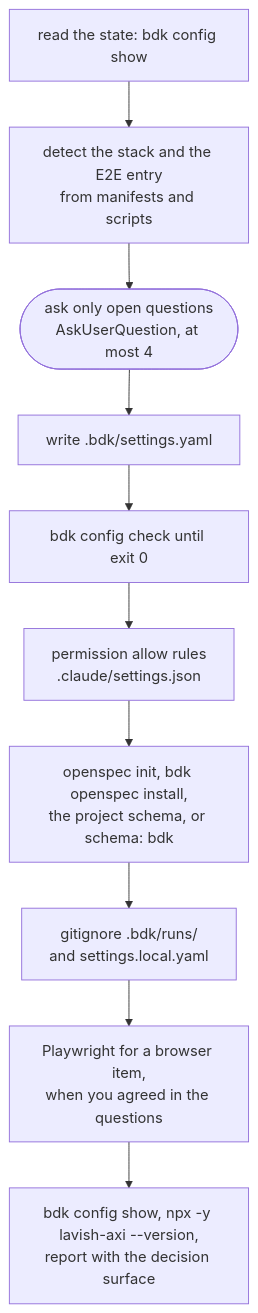
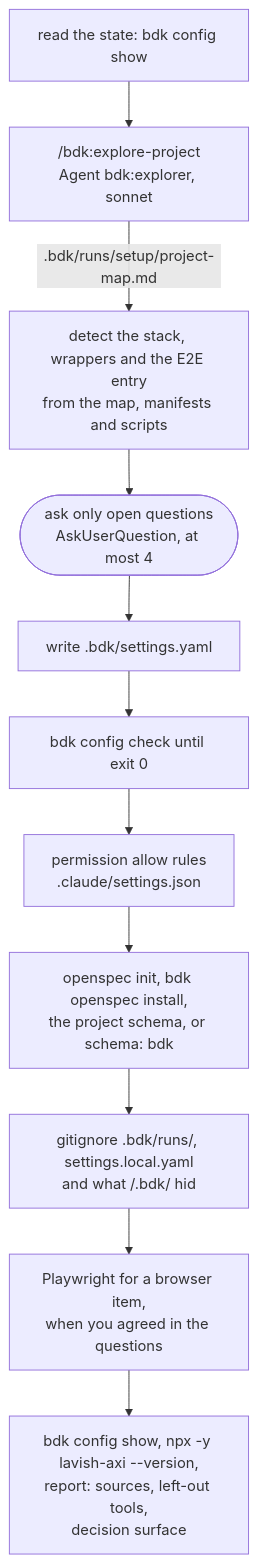
The first of 15 diagrams in docs/concepts/orchestrators.md (broneq/bdk), drawn with Mermaid before and after one commit. The commit also changed other lines of this file and 78 other files, not shown here.

First line of the commit message:
feat(skills): map the project before setup writes checks and report every left-out tool

````diff
--- a/docs/concepts/orchestrators.md
+++ b/docs/concepts/orchestrators.md
@@ -11,12 +11,13 @@
 ```mermaid
 flowchart TB
-  S1["read the state: bdk config show"] --> S2["detect the stack and the E2E entry<br/>from manifests and scripts"]
+  S1["read the state: bdk config show"] --> SX["/bdk:explore-project<br/>Agent bdk:explorer, sonnet"]
+  SX -->|".bdk/runs/setup/project-map.md"| S2["detect the stack, wrappers and the E2E entry<br/>from the map, manifests and scripts"]
   S2 --> S3(["ask only open questions<br/>AskUserQuestion, at most 4"])
   S3 --> S4["write .bdk/settings.yaml"]
   S4 --> S5["bdk config check until exit 0"]
   S5 --> S6["permission allow rules<br/>.claude/settings.json"]
   S6 --> S7["openspec init, bdk openspec install,<br/>the project schema, or schema: bdk"]
-  S7 --> S8["gitignore .bdk/runs/<br/>and settings.local.yaml"]
+  S7 --> S8["gitignore .bdk/runs/, settings.local.yaml<br/>and what /.bdk/ hid"]
   S8 --> S9["Playwright for a browser item,<br/>when you agreed in the questions"]
-  S9 --> S10["bdk config show, npx -y lavish-axi --version,<br/>report with the decision surface"]
+  S9 --> S10["bdk config show, npx -y lavish-axi --version,<br/>report: sources, left-out tools,<br/>decision surface"]
 ```
````
